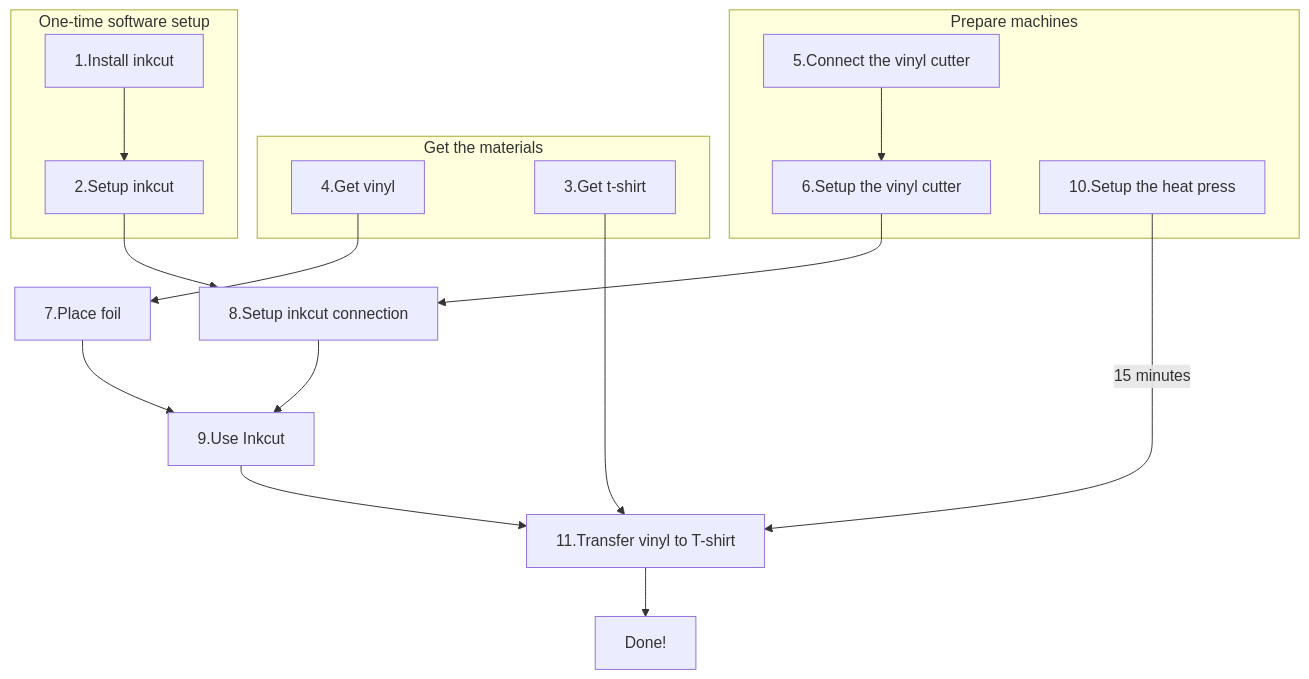
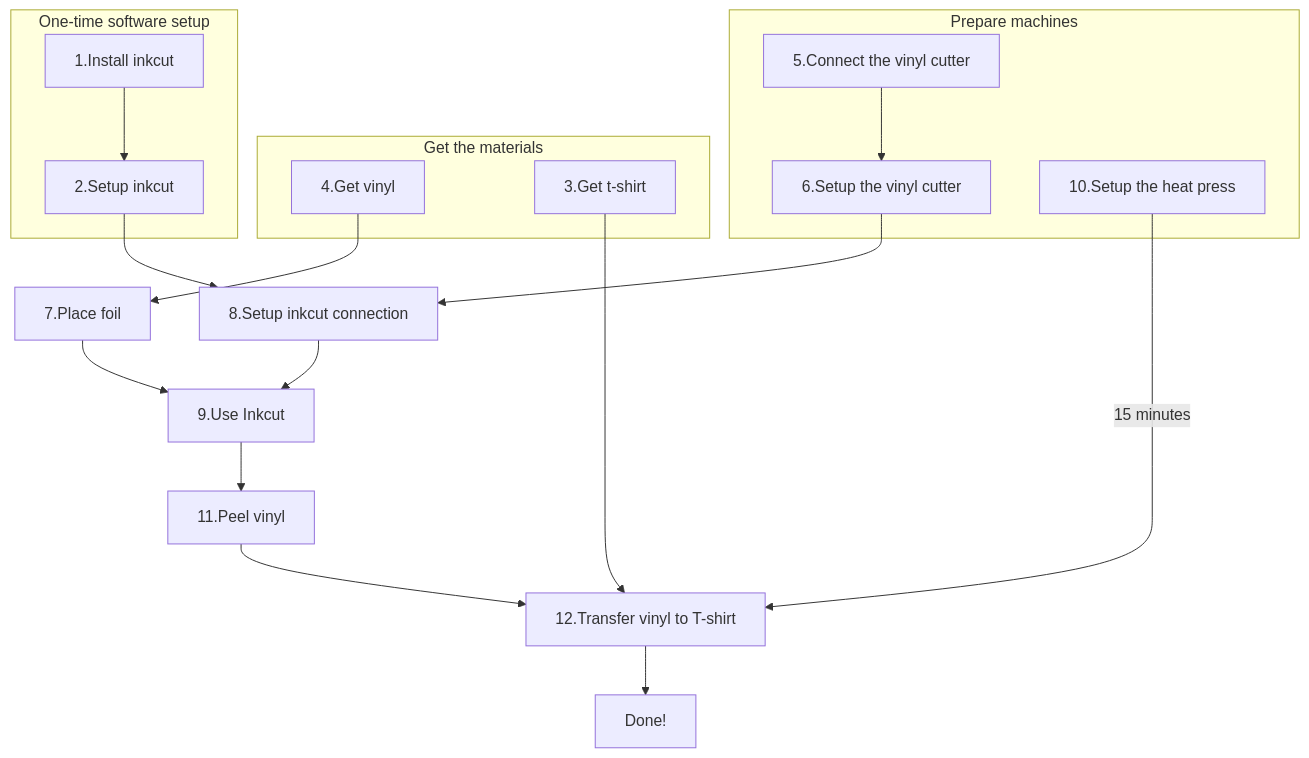
The diagram in docs/steps/procedure.mmd (uppsala-makerspace/vevor_vinyl_cutter_to_t_shirt_manual), drawn with Mermaid before and after one commit. The commit also changed 1 other file, not shown here.

Commit message:
Peeling the vinyl is also a step

```diff
--- a/docs/steps/procedure.mmd
+++ b/docs/steps/procedure.mmd
@@ -1,36 +1,39 @@
 flowchart TD
   subgraph get_materials[Get the materials]
     get_vinyl[4.Get vinyl]
     get_t_shirt[3.Get t-shirt]
   end
   subgraph prepare_software[One-time software setup]
     install_inkcut[1.Install inkcut]
     setup_inkcut[2.Setup inkcut]
   end
   subgraph prepare_machines[Prepare machines]
     connect_cutter[5.Connect the vinyl cutter]
     setup_cutter[6.Setup the vinyl cutter]
     setup_heat_press[10.Setup the heat press]
   end
   place_vinyl[7.Place foil]
   setup_inkcut_connection[8.Setup inkcut connection]
   cut[9.Use Inkcut]
-  transfer[11.Transfer vinyl to T-shirt]
+  peel_vinyl[11.Peel vinyl]
+  transfer[12.Transfer vinyl to T-shirt]
   done[Done!]
 
 
   connect_cutter --> setup_cutter
   install_inkcut --> setup_inkcut
   setup_inkcut --> setup_inkcut_connection
   setup_cutter --> setup_inkcut_connection
 
   setup_inkcut_connection --> cut
   place_vinyl --> cut
 
   get_vinyl --> place_vinyl
   get_t_shirt --> transfer
 
   setup_heat_press --> |15 minutes| transfer
-  cut --> transfer
+  cut --> peel_vinyl
+
+  peel_vinyl --> transfer
 
   transfer --> done
```
